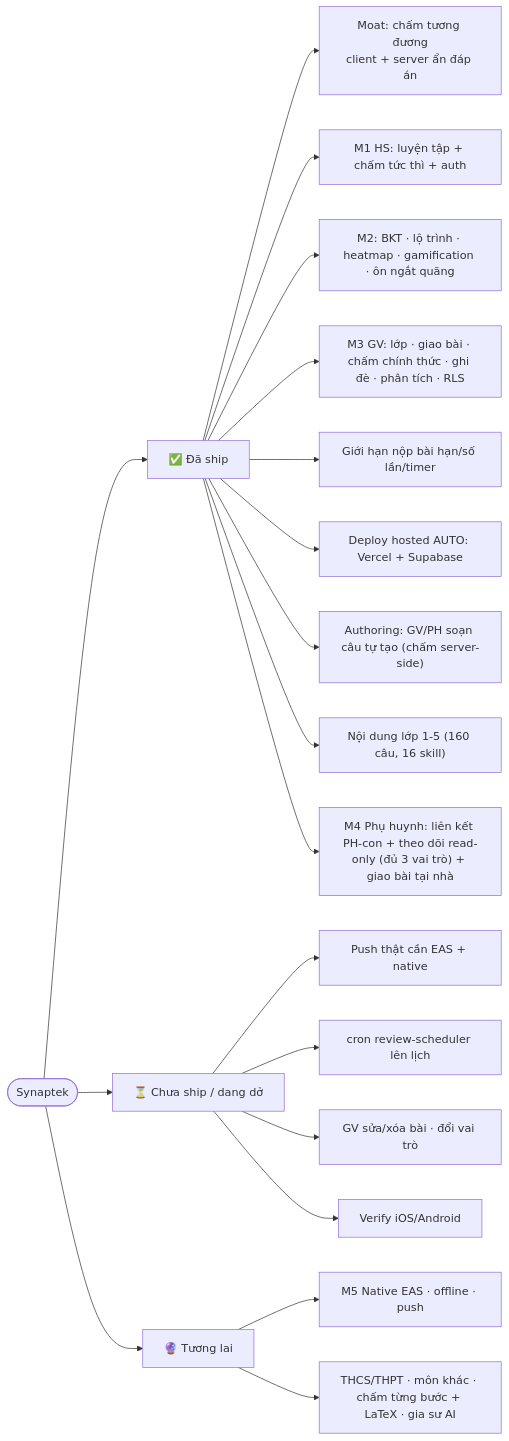
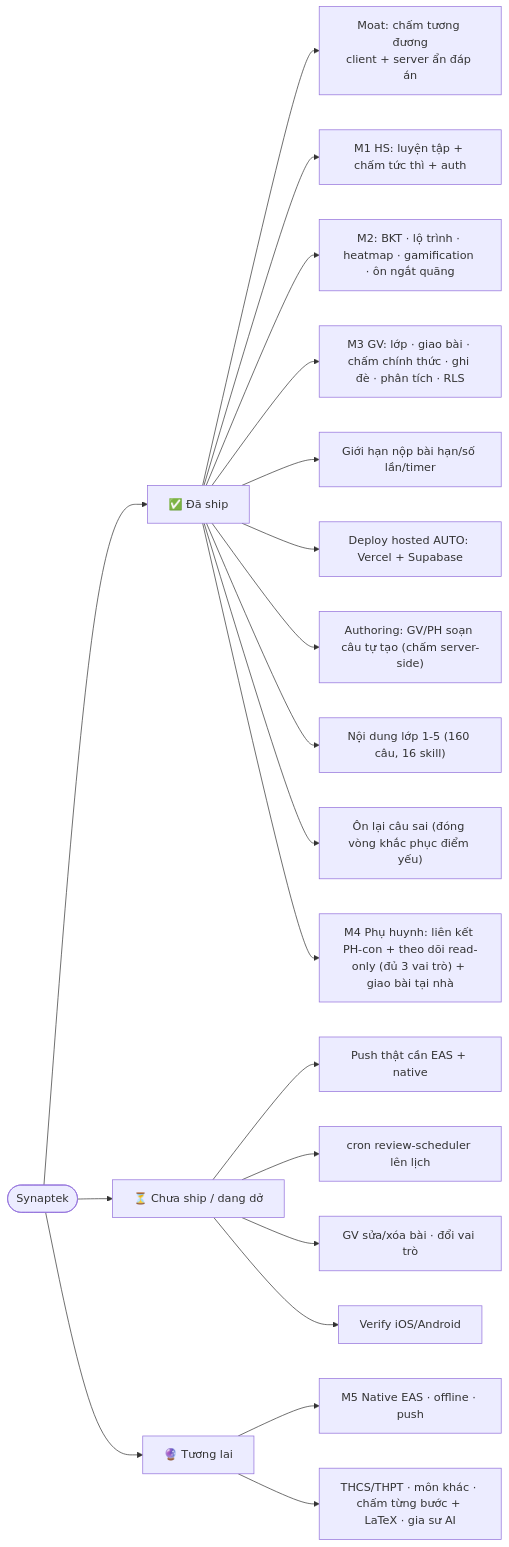
The second of 2 diagrams in docs/FEATURE-MAP.md (hoanghainh1188/synaptek), drawn with Mermaid before and after one commit. The commit also changed other lines of this file and 7 other files, not shown here.

First line of the commit message:
feat: ôn lại câu sai — đóng vòng "khắc phục điểm yếu" (#29)

````diff
--- a/docs/FEATURE-MAP.md
+++ b/docs/FEATURE-MAP.md
@@ -58,25 +59,26 @@
 ```mermaid
 flowchart LR
   S([Synaptek])
   S --> SHIPPED["✅ Đã ship"]
   S --> WIP["⏳ Chưa ship / dang dở"]
   S --> FUTURE["🔮 Tương lai"]
 
   SHIPPED --> A1["Moat: chấm tương đương<br/>client + server ẩn đáp án"]
   SHIPPED --> A2["M1 HS: luyện tập + chấm tức thì + auth"]
   SHIPPED --> A3["M2: BKT · lộ trình · heatmap · gamification · ôn ngắt quãng"]
   SHIPPED --> A4["M3 GV: lớp · giao bài · chấm chính thức · ghi đè · phân tích · RLS"]
   SHIPPED --> A5["Giới hạn nộp bài hạn/số lần/timer"]
   SHIPPED --> A6["Deploy hosted AUTO: Vercel + Supabase"]
 
   WIP --> B1["Push thật cần EAS + native"]
   WIP --> B2["cron review-scheduler lên lịch"]
   WIP --> B3["GV sửa/xóa bài · đổi vai trò"]
   SHIPPED --> A8["Authoring: GV/PH soạn câu tự tạo (chấm server-side)"]
   SHIPPED --> A9["Nội dung lớp 1-5 (160 câu, 16 skill)"]
+  SHIPPED --> A10["Ôn lại câu sai (đóng vòng khắc phục điểm yếu)"]
   WIP --> B5["Verify iOS/Android"]
 
   SHIPPED --> A7["M4 Phụ huynh: liên kết PH-con + theo dõi read-only (đủ 3 vai trò) + giao bài tại nhà"]
   FUTURE --> C2["M5 Native EAS · offline · push"]
   FUTURE --> C3["THCS/THPT · môn khác · chấm từng bước + LaTeX · gia sư AI"]
 ```
````
